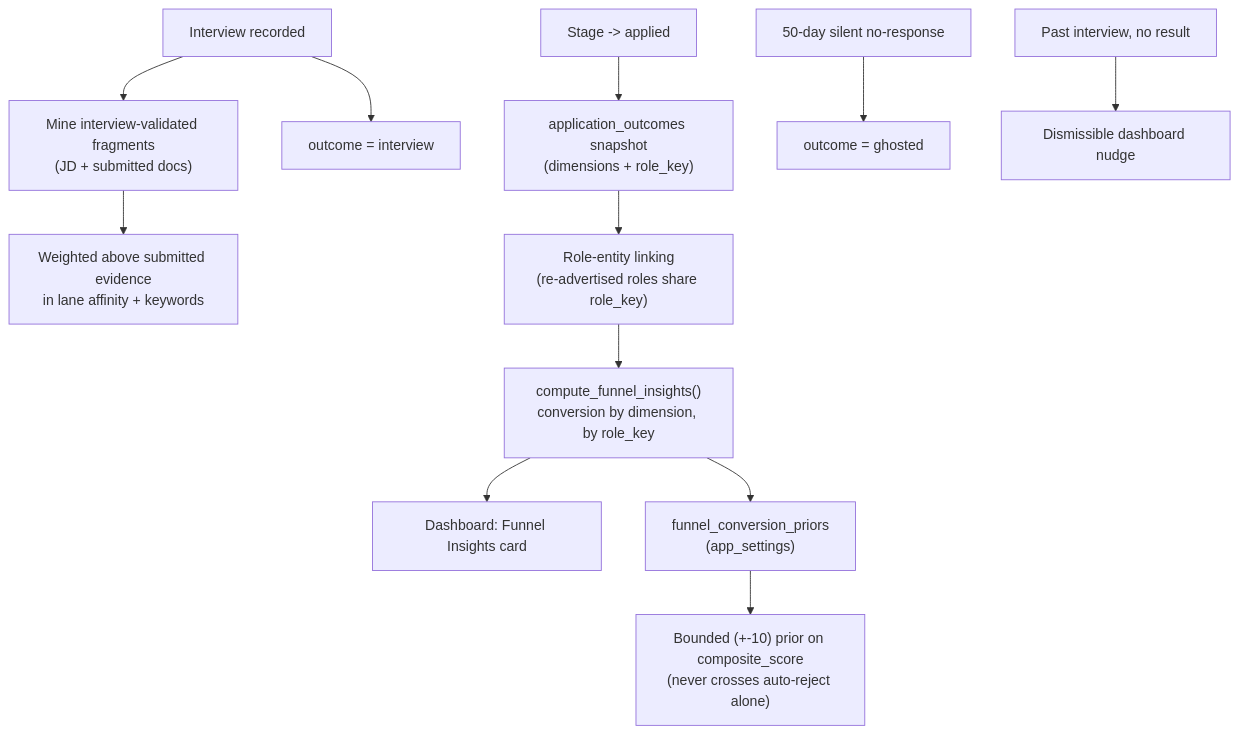
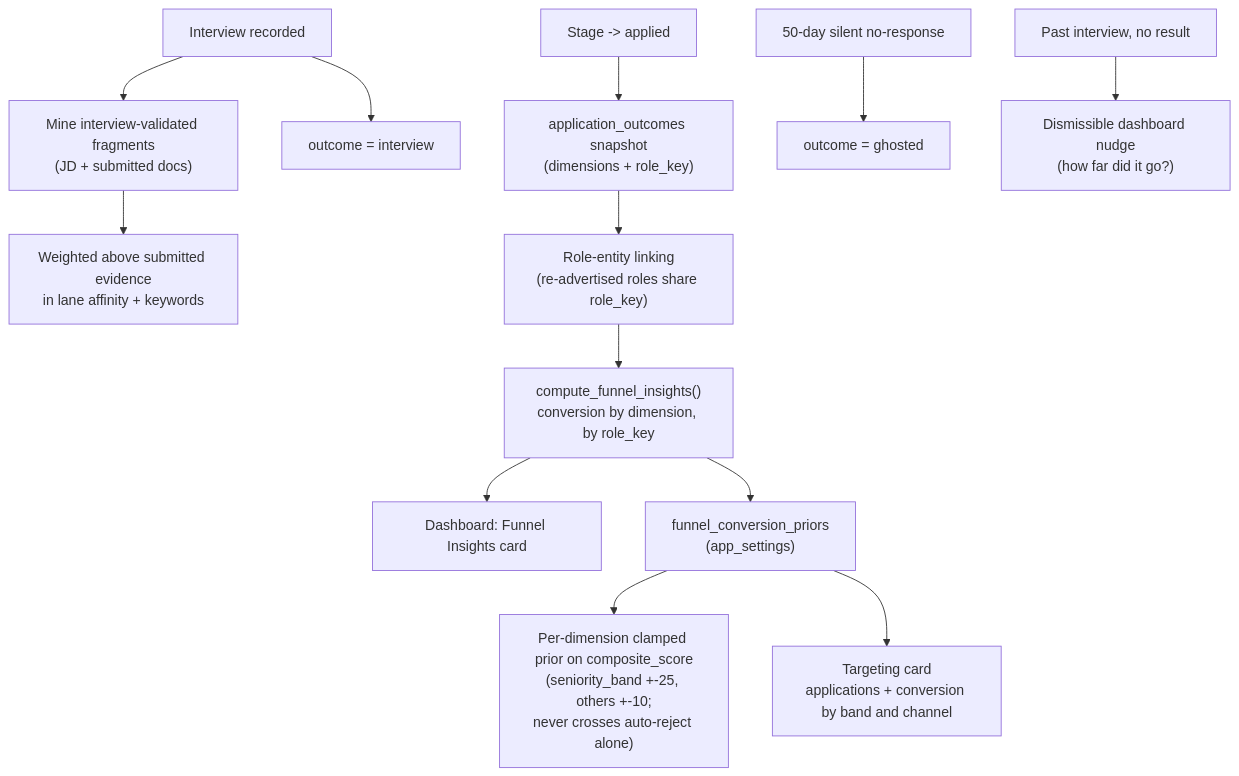
The seventh of 12 diagrams in ARCHITECTURE.md (Keljian/JSE), drawn with Mermaid before and after one commit. The commit also changed other lines of this file and 90 other files, not shown here.

````diff
--- a/ARCHITECTURE.md
+++ b/ARCHITECTURE.md
@@ -195,14 +236,15 @@
 ```mermaid
 flowchart TD
     Applied["Stage -> applied"] --> Snapshot["application_outcomes snapshot\n(dimensions + role_key)"]
     Interview["Interview recorded"] --> OutcomeInterview["outcome = interview"]
     Interview --> Mine["Mine interview-validated fragments\n(JD + submitted docs)"]
     Mine --> Affinity["Weighted above submitted evidence\nin lane affinity + keywords"]
     Snapshot --> RoleKey["Role-entity linking\n(re-advertised roles share role_key)"]
     RoleKey --> Insights["compute_funnel_insights()\nconversion by dimension, by role_key"]
     Insights --> Card["Dashboard: Funnel Insights card"]
     Insights --> Priors["funnel_conversion_priors\n(app_settings)"]
-    Priors --> Composite["Bounded (+-10) prior on composite_score\n(never crosses auto-reject alone)"]
+    Priors --> Composite["Per-dimension clamped prior on composite_score\n(seniority_band +-25, others +-10;\nnever crosses auto-reject alone)"]
+    Priors --> Targeting["Targeting card\napplications + conversion by band and channel"]
     Ghost["50-day silent no-response"] --> OutcomeGhost["outcome = ghosted"]
-    Nudge["Past interview, no result"] --> Prompt["Dismissible dashboard nudge"]
+    Nudge["Past interview, no result"] --> Prompt["Dismissible dashboard nudge\n(how far did it go?)"]
 ```
````
